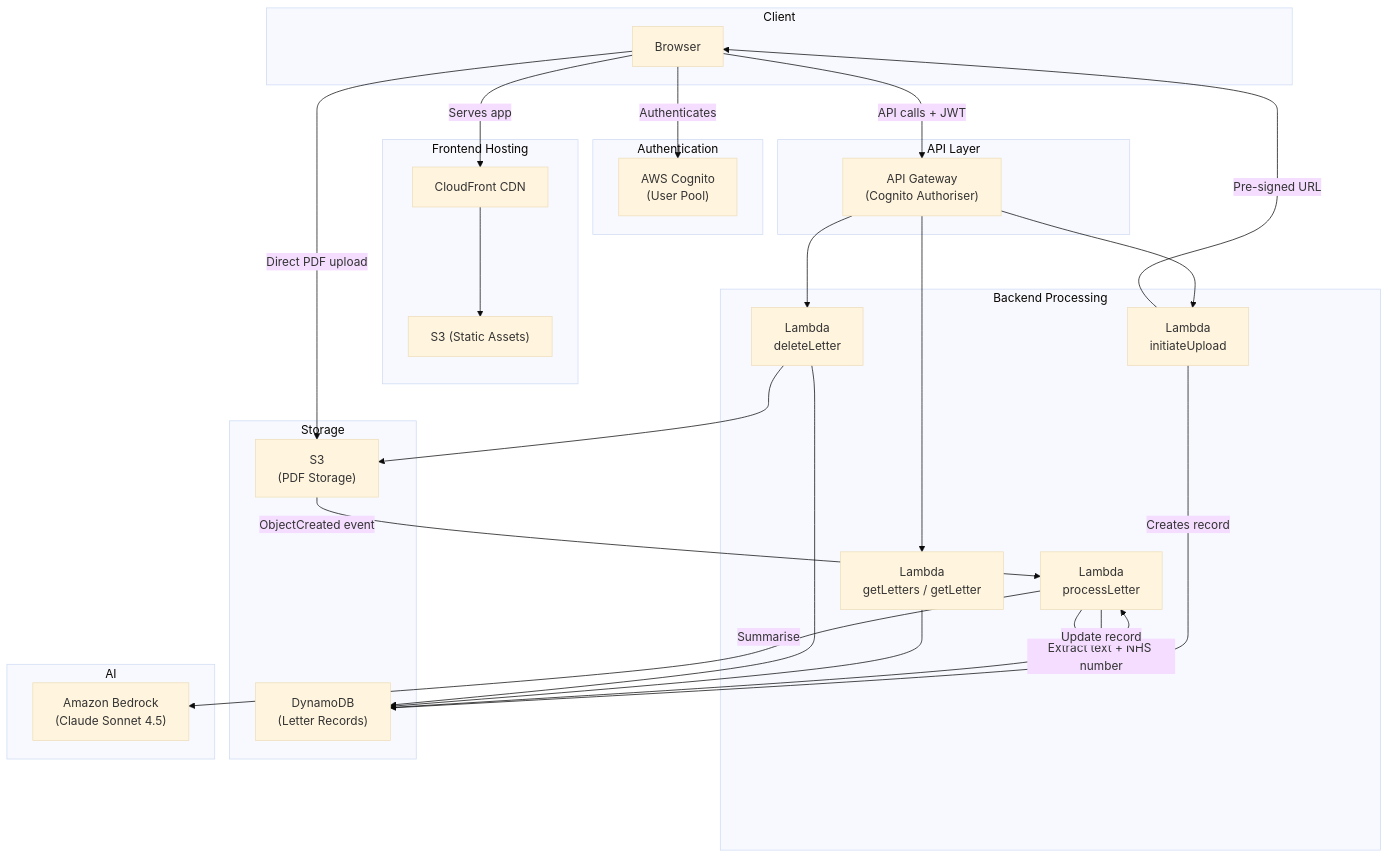
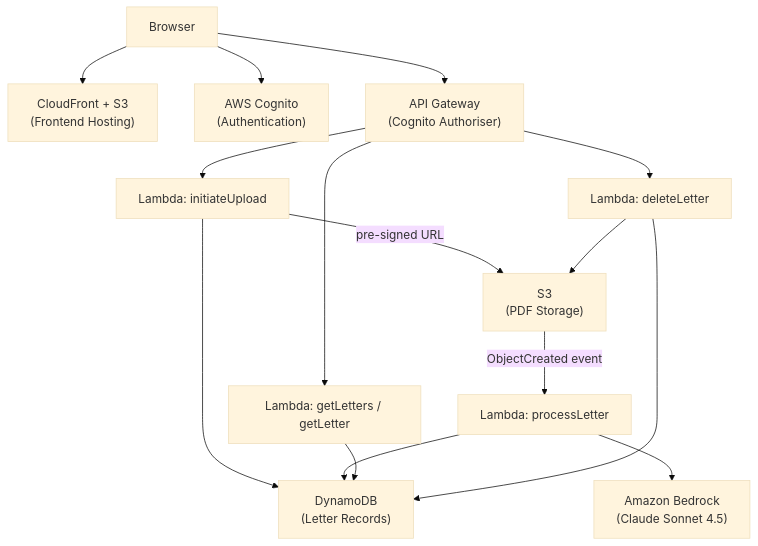
One commit to RobLovegrove/Asterix_task changed the first of 2 diagrams in architecture.md. Above: the diagram before and after it, drawn with Mermaid (base theme).

Commit message:
docs: simplyfying UML diagram to improve readiblity

````diff
--- a/architecture.md
+++ b/architecture.md
@@ -5,53 +5,34 @@
 ```mermaid
-flowchart TB
-    subgraph Client["Client"]
-        Browser
-    end
+flowchart TD
+    Browser["Browser"]
 
-    subgraph Auth["Authentication"]
-        Cognito["AWS Cognito\n(User Pool)"]
-    end
+    CF["CloudFront + S3<br/>(Frontend Hosting)"]
+    Cognito["AWS Cognito<br/>(Authentication)"]
+    APIGW["API Gateway<br/>(Cognito Authoriser)"]
 
-    subgraph Frontend["Frontend Hosting"]
-        CF["CloudFront CDN"]
-        S3F["S3 (Static Assets)"]
-        CF --> S3F
-    end
+    L1["Lambda: initiateUpload"]
+    L2["Lambda: processLetter"]
+    L3["Lambda: getLetters / getLetter"]
+    L4["Lambda: deleteLetter"]
 
-    subgraph API["API Layer"]
-        APIGW["API Gateway\n(Cognito Authoriser)"]
-    end
+    S3["S3<br/>(PDF Storage)"]
+    DB["DynamoDB<br/>(Letter Records)"]
+    Bedrock["Amazon Bedrock<br/>(Claude Sonnet 4.5)"]
 
-    subgraph Processing["Backend Processing"]
-        L1["Lambda\ninitiateUpload"]
-        L2["Lambda\nprocessLetter"]
-        L3["Lambda\ngetLetters / getLetter"]
-        L4["Lambda\ndeleteLetter"]
-    end
+    Browser --> CF
+    Browser --> Cognito
+    Browser --> APIGW
 
-    subgraph Storage["Storage"]
-        S3P["S3\n(PDF Storage)"]
-        DB["DynamoDB\n(Letter Records)"]
-    end
-
-    subgraph LLM["AI"]
-        Bedrock["Amazon Bedrock\n(Claude Sonnet 4.5)"]
-    end
-
-    Browser -->|"Serves app"| CF
-    Browser -->|"Authenticates"| Cognito
-    Browser -->|"API calls + JWT"| APIGW
     APIGW --> L1
     APIGW --> L3
     APIGW --> L4
-    L1 -->|"Creates record"| DB
-    L1 -->|"Pre-signed URL"| Browser
-    Browser -->|"Direct PDF upload"| S3P
-    S3P -->|"ObjectCreated event"| L2
-    L2 -->|"Extract text + NHS number"| L2
-    L2 -->|"Summarise"| Bedrock
-    L2 -->|"Update record"| DB
+
+    L1 --> DB
+    L1 -->|pre-signed URL| S3
+    S3 -->|ObjectCreated event| L2
+    L2 --> Bedrock
+    L2 --> DB
     L3 --> DB
     L4 --> DB
-    L4 --> S3P
+    L4 --> S3
 ```
````
